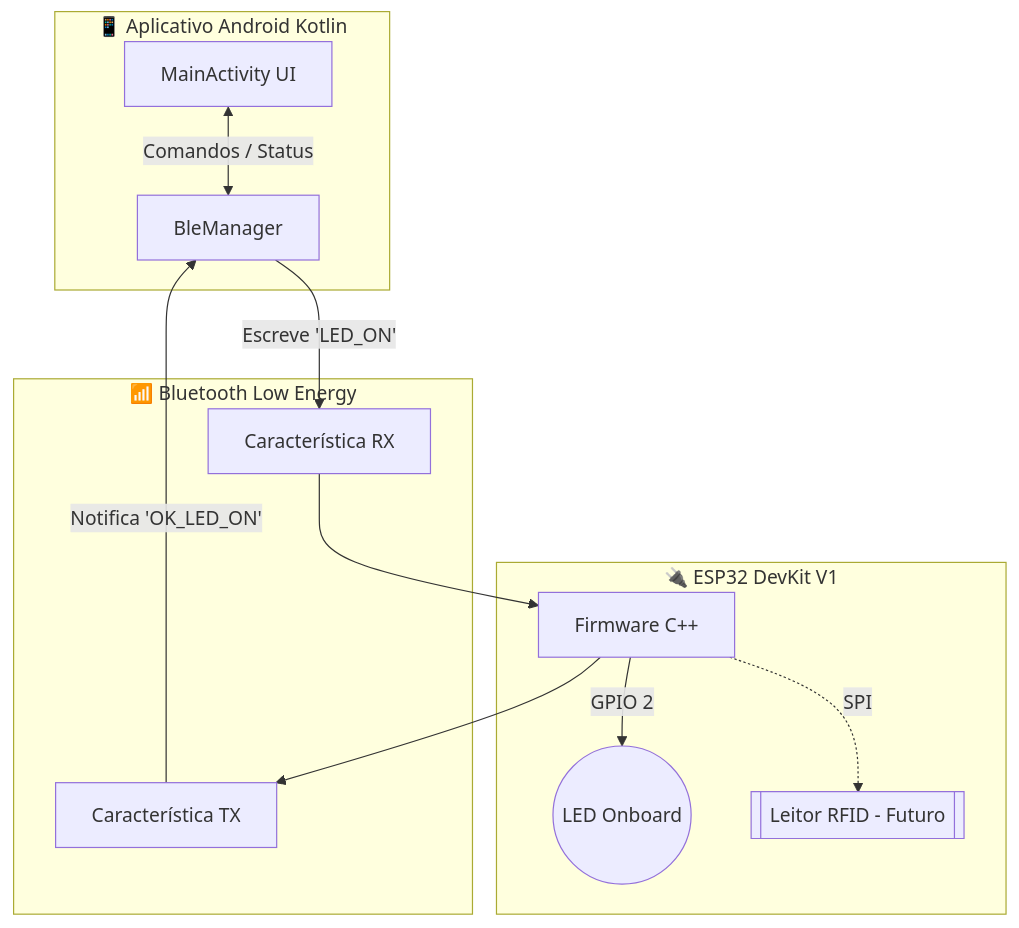
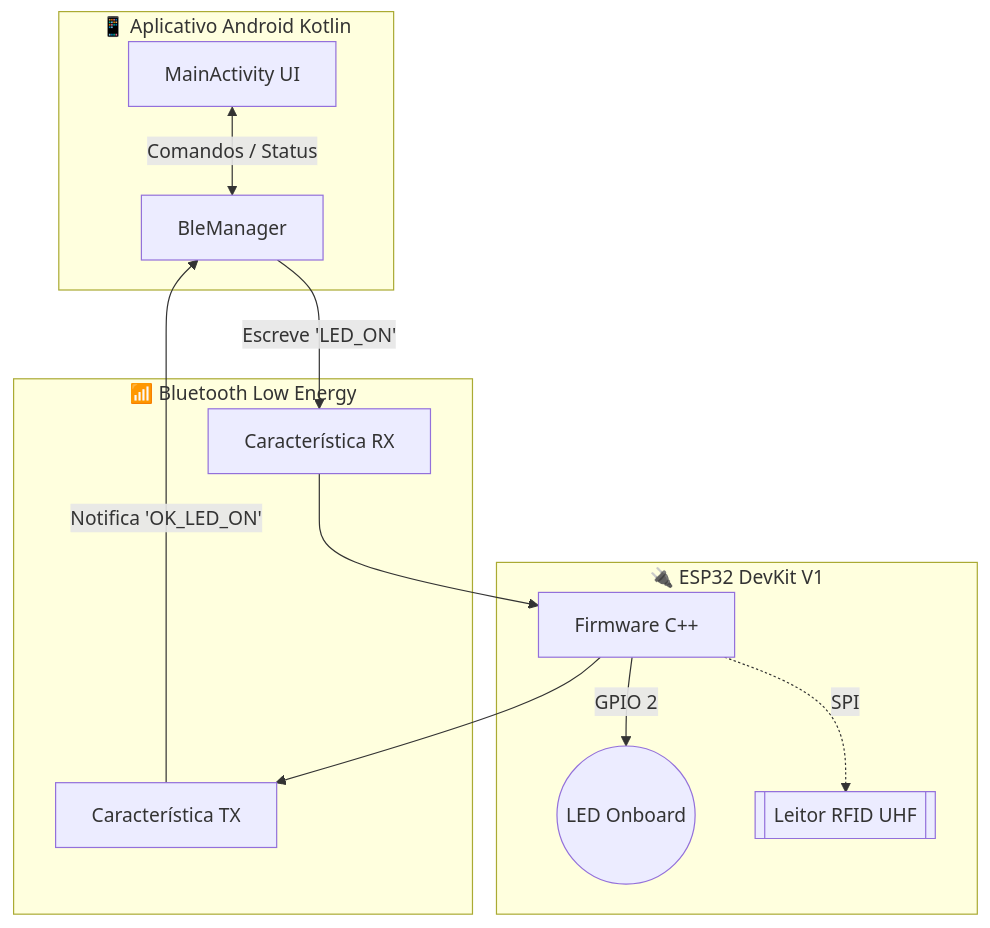
Before and after one commit to maia-andre/patrimonio-inteligente: the diagram in README.md, drawn with Mermaid. The commit also changed other lines of this file, not shown here.

````diff
--- a/README.md
+++ b/README.md
@@ -13,28 +15,28 @@
 ```mermaid
 graph TD
     subgraph Android App [📱 Aplicativo Android Kotlin]
         UI[MainActivity UI]
         BLE_MGR[BleManager]
         UI <-->|Comandos / Status| BLE_MGR
     end
 
     subgraph BLE [📶 Bluetooth Low Energy]
         RX[Característica RX]
         TX[Característica TX]
     end
 
     subgraph Hardware [🔌 ESP32 DevKit V1]
         FIRM[Firmware C++]
         LED((LED Onboard))
-        RFID[[Leitor RFID - Futuro]]
+        RFID[[Leitor RFID UHF]]
         
         FIRM -->|GPIO 2| LED
         FIRM -.->|SPI| RFID
     end
 
     BLE_MGR -->|Escreve 'LED_ON'| RX
     TX -->|Notifica 'OK_LED_ON'| BLE_MGR
 
     RX --> FIRM
     FIRM --> TX
 ```
````
